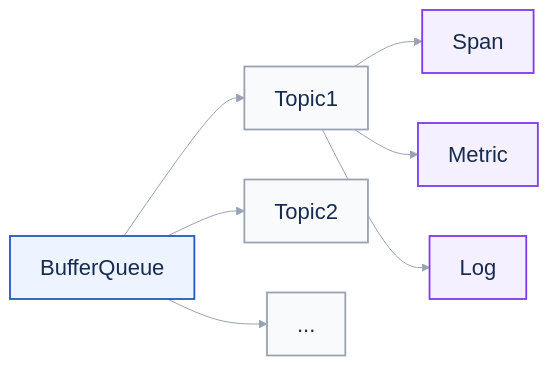
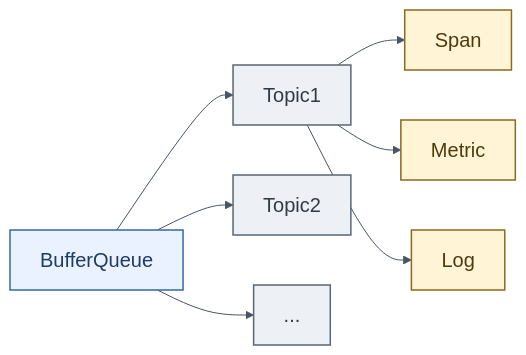
Before and after one commit to eventhorizon-cli/BufferQueue: the diagram in docs/assets/BufferQueueMindMap.mmd, drawn with Mermaid. The commit also changed 13 other files, not shown here.

Commit message:
docs: redraw bilingual designs with the original diagram style

```diff
--- a/docs/assets/BufferQueueMindMap.mmd
+++ b/docs/assets/BufferQueueMindMap.mmd
@@ -1,24 +1,27 @@
 ---
 config:
   theme: base
   themeVariables:
     background: "#ffffff"
     fontFamily: "Arial, 'PingFang SC', 'Microsoft YaHei', sans-serif"
-    fontSize: 22px
-    primaryTextColor: "#172b4d"
-    lineColor: "#98a2b3"
+    fontSize: 20px
+    primaryTextColor: "#303b44"
+    lineColor: "#475467"
+    clusterBkg: "#ffffff"
+    clusterBorder: "#98a2b3"
 ---
-%% Topology: Q -> T1, T2, More; T1 -> Span, Metric, Log.
+%% The SVG is the stable layout; this graph preserves the same node and edge contract.
 flowchart LR
     Q[BufferQueue] --> T1[Topic1]
     Q --> T2[Topic2]
     Q --> More[...]
     T1 --> Span[Span]
     T1 --> Metric[Metric]
     T1 --> Log[Log]
-    class Q queue
-    class T1,T2,More topic
-    class Span,Metric,Log type
-    classDef queue fill:#eef4ff,stroke:#2459b8,color:#172b4d,stroke-width:1.8px
-    classDef topic fill:#f8fafc,stroke:#98a2b3,color:#172b4d,stroke-width:1.8px
-    classDef type fill:#f5f0ff,stroke:#7c3aed,color:#172b4d,stroke-width:1.8px
+    class Q gateway
+    class T1,T2,More core
+    class Span,Metric,Log storage
+    classDef gateway fill:#eaf2ff,stroke:#3567a7,color:#1d3b66,stroke-width:1.5px
+    classDef core fill:#edf1f5,stroke:#596773,color:#303b44,stroke-width:1.5px
+    classDef storage fill:#fff4d6,stroke:#8a6a1d,color:#4d3b0e,stroke-width:1.5px
+    classDef client fill:#e9f6f1,stroke:#2f6f5e,color:#173f35,stroke-width:1.5px
```
